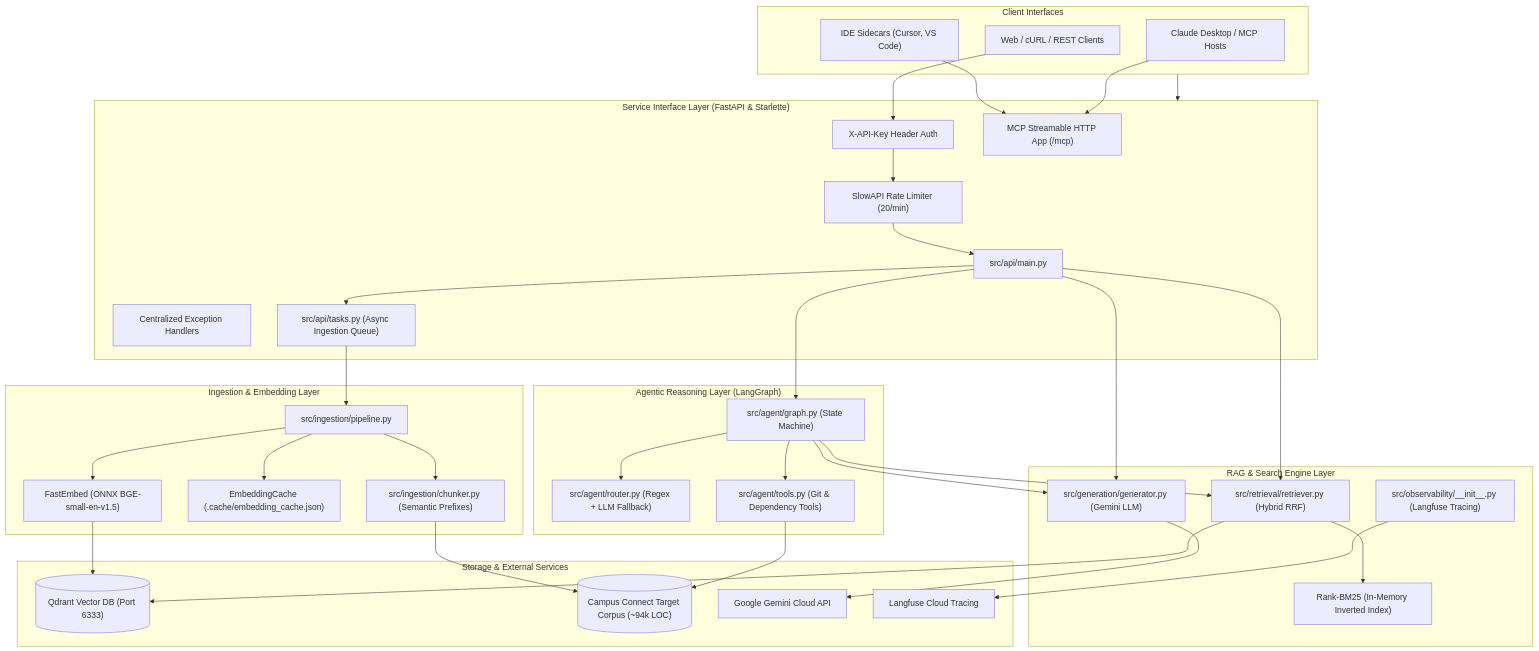
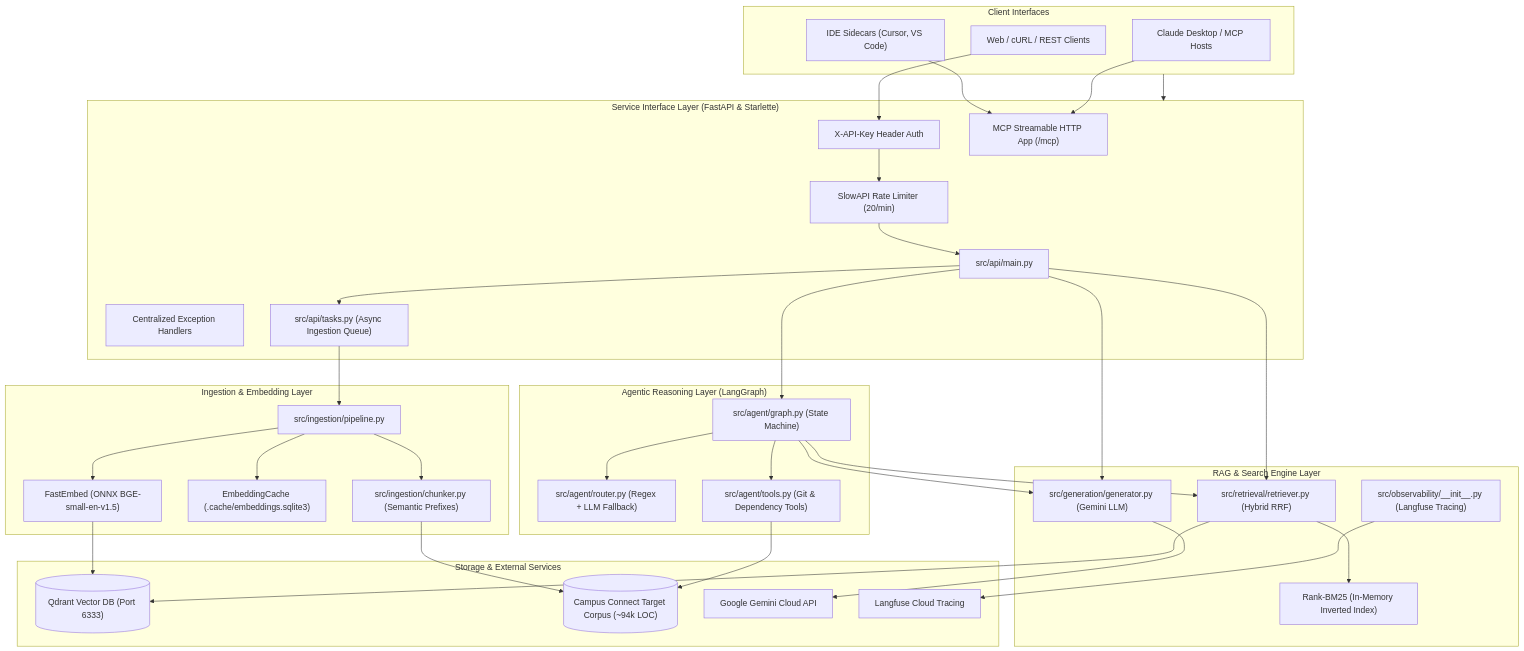
The first of 6 diagrams in docs/developer-guide/02-architecture-design-and-patterns.md (krotrn/campus-connect-ai), drawn with Mermaid before and after one commit. The commit also changed other lines of this file and 5 other files, not shown here.

````diff
--- a/docs/developer-guide/02-architecture-design-and-patterns.md
+++ b/docs/developer-guide/02-architecture-design-and-patterns.md
@@ -12,69 +12,69 @@
 ```mermaid
 flowchart TB
     subgraph Clients["Client Interfaces"]
         WebClient["Web / cURL / REST Clients"]
         IDEClient["IDE Sidecars (Cursor, VS Code)"]
         AIClient["Claude Desktop / MCP Hosts"]
     end
 
     subgraph API["Service Interface Layer (FastAPI & Starlette)"]
         RouterMain["src/api/main.py"]
         AuthMid["X-API-Key Header Auth"]
         RateLim["SlowAPI Rate Limiter (20/min)"]
         ErrHandlers["Centralized Exception Handlers"]
         MCPApp["MCP Streamable HTTP App (/mcp)"]
         Tasks["src/api/tasks.py (Async Ingestion Queue)"]
     end
 
     subgraph Agentic["Agentic Reasoning Layer (LangGraph)"]
         StateGraph["src/agent/graph.py (State Machine)"]
         QueryRouter["src/agent/router.py (Regex + LLM Fallback)"]
         AgentTools["src/agent/tools.py (Git & Dependency Tools)"]
     end
 
     subgraph Intelligence["RAG & Search Engine Layer"]
         Retriever["src/retrieval/retriever.py (Hybrid RRF)"]
         BM25["Rank-BM25 (In-Memory Inverted Index)"]
         Generator["src/generation/generator.py (Gemini LLM)"]
         Observability["src/observability/__init__.py (Langfuse Tracing)"]
     end
 
     subgraph Ingestion["Ingestion & Embedding Layer"]
         Pipeline["src/ingestion/pipeline.py"]
         Chunker["src/ingestion/chunker.py (Semantic Prefixes)"]
-        Cache["EmbeddingCache (.cache/embedding_cache.json)"]
+        Cache["EmbeddingCache (.cache/embeddings.sqlite3)"]
         FastEmbed["FastEmbed (ONNX BGE-small-en-v1.5)"]
     end
 
     subgraph Storage["Storage & External Services"]
         Qdrant[("Qdrant Vector DB (Port 6333)")]
         Corpus[("Campus Connect Target Corpus (~94k LOC)")]
         GeminiAPI["Google Gemini Cloud API"]
         LangfuseCloud["Langfuse Cloud Tracing"]
     end
 
     Clients --> API
     WebClient --> AuthMid --> RateLim --> RouterMain
     IDEClient & AIClient --> MCPApp
 
     RouterMain --> Retriever
     RouterMain --> Generator
     RouterMain --> StateGraph
     RouterMain --> Tasks
 
     StateGraph --> QueryRouter
     StateGraph --> AgentTools
     StateGraph --> Retriever
     StateGraph --> Generator
 
     Tasks --> Pipeline
     Pipeline --> Chunker --> Corpus
     Pipeline --> Cache
     Pipeline --> FastEmbed --> Qdrant
 
     Retriever --> Qdrant
     Retriever --> BM25
     Generator --> GeminiAPI
     Observability --> LangfuseCloud
     AgentTools --> Corpus
 ```
````
